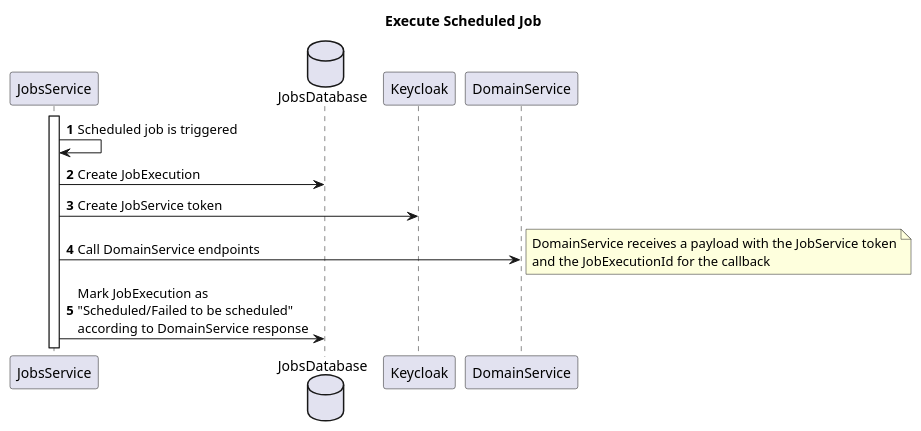
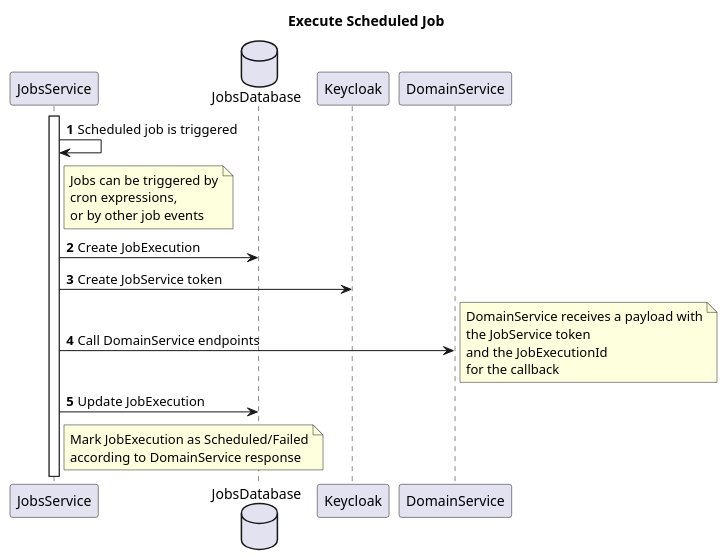
One commit to ricardobaumann/job-scheduler changed the diagram in diagrams/execute-job-sequence.puml. Above: the diagram before and after it, drawn with PlantUML. The commit also changed 11 other files, not shown here.

```diff
--- a/diagrams/execute-job-sequence.puml
+++ b/diagrams/execute-job-sequence.puml
@@ -1,22 +1,34 @@
 @startuml
 'https://plantuml.com/sequence-diagram
 
 autonumber
 
 title: "Execute Scheduled Job"
 
 activate JobsService
 JobsService -> JobsService: Scheduled job is triggered
+note right of JobsService
+    Jobs can be triggered by
+    cron expressions,
+    or by other job events
+end note
 database JobsDatabase
 JobsService -> JobsDatabase: Create JobExecution
 JobsService -> Keycloak: Create JobService token
 JobsService -> DomainService: Call DomainService endpoints
 
 note right
-    DomainService receives a payload with the JobService token
-    and the JobExecutionId for the callback
+    DomainService receives a payload with
+    the JobService token
+    and the JobExecutionId
+    for the callback
 end note
 
-JobsService -> JobsDatabase: Mark JobExecution as\n"Scheduled/Failed to be scheduled"\naccording to DomainService response
+JobsService -> JobsDatabase: Update JobExecution
+
+note right of JobsService
+    Mark JobExecution as Scheduled/Failed
+    according to DomainService response
+end note
 
 @enduml
```
